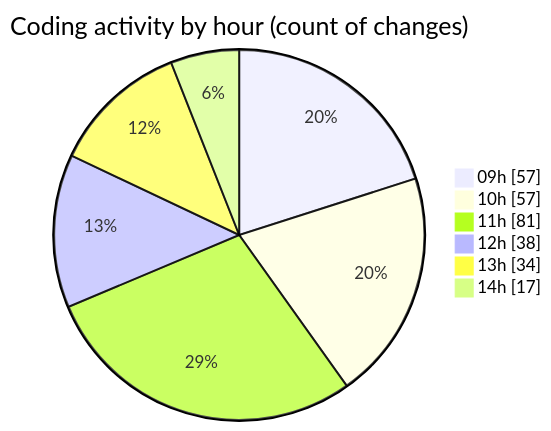
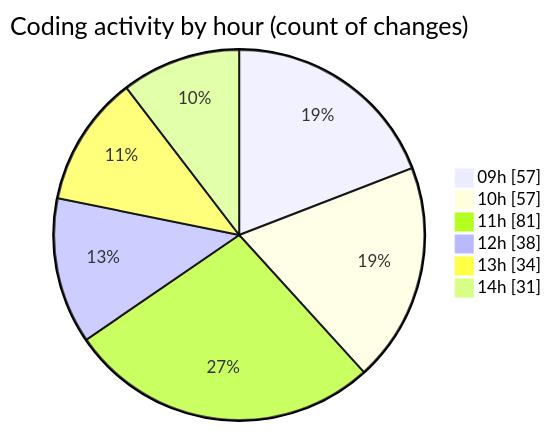
One commit to momahboobian/code-tracking changed the second of 2 diagrams in 2025-09-19/cda/README.md. Above: the diagram before and after it, drawn with Mermaid. The commit also changed other lines of this file and 1 other file, not shown here.

````diff
--- a/2025-09-19/cda/README.md
+++ b/2025-09-19/cda/README.md
@@ -35,10 +35,10 @@
 ```mermaid
 pie showData
 title Coding activity by hour (count of changes)
 "09h" : 57
 "10h" : 57
 "11h" : 81
 "12h" : 38
 "13h" : 34
-"14h" : 17
+"14h" : 31
 ```
````
